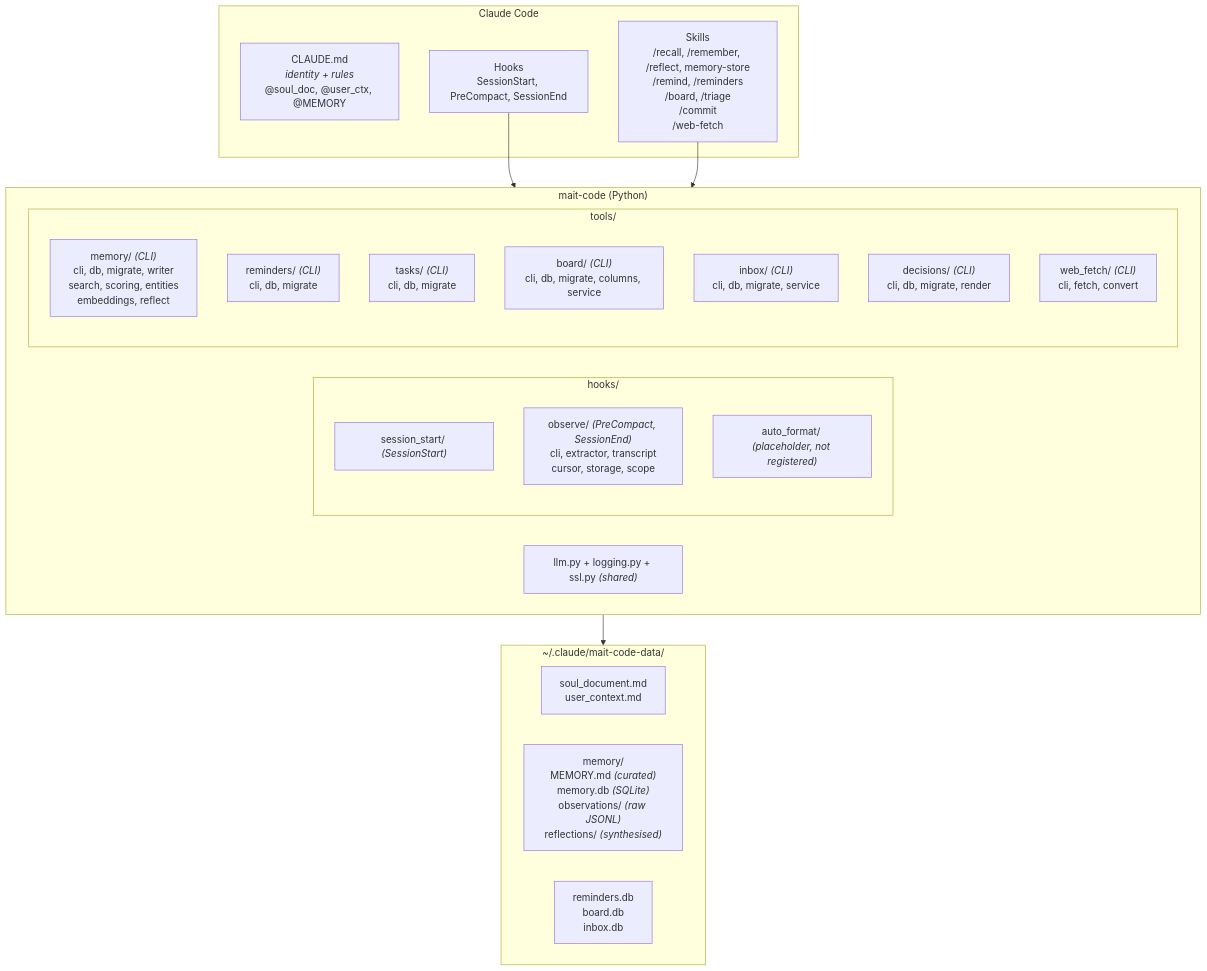
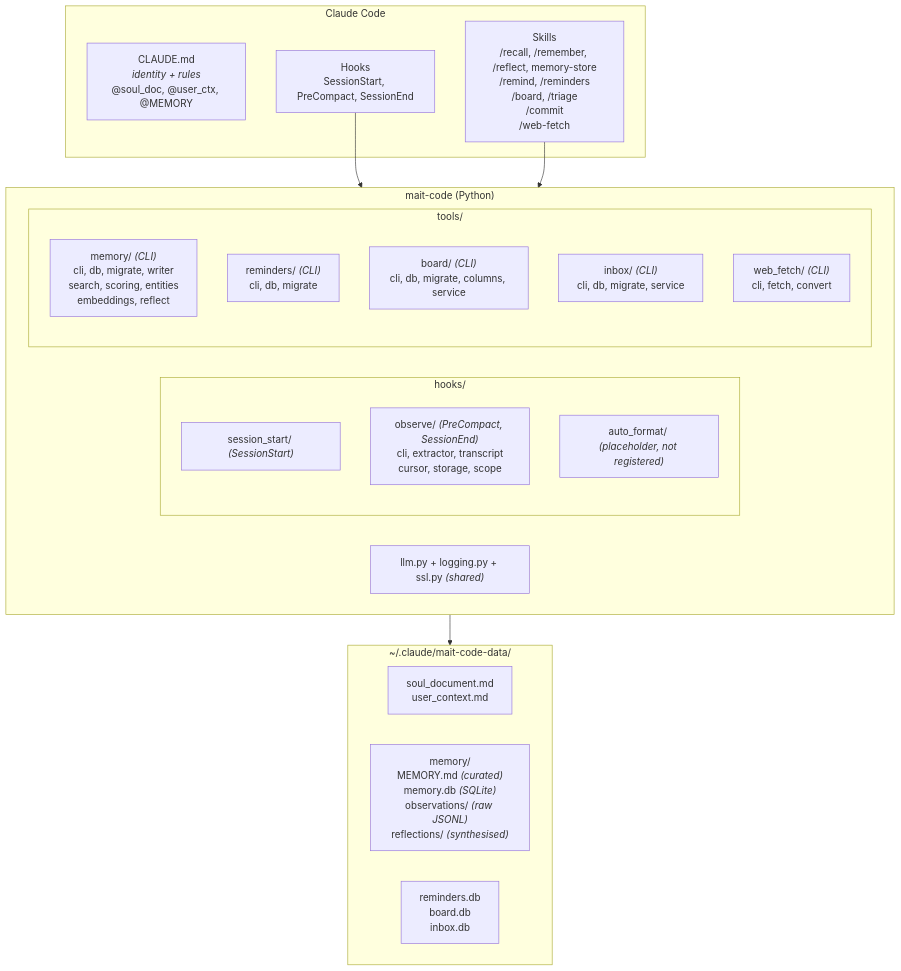
The first of 4 diagrams in docs/architecture.md (wiktordepina/mait-code), drawn with Mermaid before and after one commit. The commit also changed other lines of this file and 6 other files, not shown here.

````diff
--- a/docs/architecture.md
+++ b/docs/architecture.md
@@ -14,36 +14,34 @@
 ```mermaid
 graph TD
     subgraph claude_code ["Claude Code"]
         CLAUDE_MD["CLAUDE.md<br/><i>identity + rules</i><br/>@soul_doc, @user_ctx, @MEMORY"]
         HOOKS["Hooks<br/>SessionStart, PreCompact, SessionEnd"]
         SKILLS["Skills<br/>/recall, /remember, /reflect, memory-store<br/>/remind, /reminders<br/>/board, /triage<br/>/commit<br/>/web-fetch"]
     end
 
     subgraph mait_code ["mait-code (Python)"]
         subgraph hooks_pkg ["hooks/"]
             session_start["session_start/ <i>(SessionStart)</i>"]
             observe["observe/ <i>(PreCompact, SessionEnd)</i><br/>cli, extractor, transcript<br/>cursor, storage, scope"]
             auto_format["auto_format/ <i>(placeholder, not registered)</i>"]
         end
         subgraph tools_pkg ["tools/"]
             memory_tool["memory/ <i>(CLI)</i><br/>cli, db, migrate, writer<br/>search, scoring, entities<br/>embeddings, reflect"]
             reminders_tool["reminders/ <i>(CLI)</i><br/>cli, db, migrate"]
-            tasks_tool["tasks/ <i>(CLI)</i><br/>cli, db, migrate"]
             board_tool["board/ <i>(CLI)</i><br/>cli, db, migrate, columns, service"]
             inbox_tool["inbox/ <i>(CLI)</i><br/>cli, db, migrate, service"]
-            decisions_tool["decisions/ <i>(CLI)</i><br/>cli, db, migrate, render"]
             web_fetch_tool["web_fetch/ <i>(CLI)</i><br/>cli, fetch, convert"]
         end
         shared["llm.py + logging.py + ssl.py <i>(shared)</i>"]
     end
 
     subgraph data_dir ["~/.claude/mait-code-data/"]
         identity["soul_document.md<br/>user_context.md"]
         memory_store["memory/<br/>MEMORY.md <i>(curated)</i><br/>memory.db <i>(SQLite)</i><br/>observations/ <i>(raw JSONL)</i><br/>reflections/ <i>(synthesised)</i>"]
         other_dbs["reminders.db<br/>board.db<br/>inbox.db"]
     end
 
     HOOKS --> mait_code
     SKILLS --> mait_code
     mait_code --> data_dir
 ```
````
